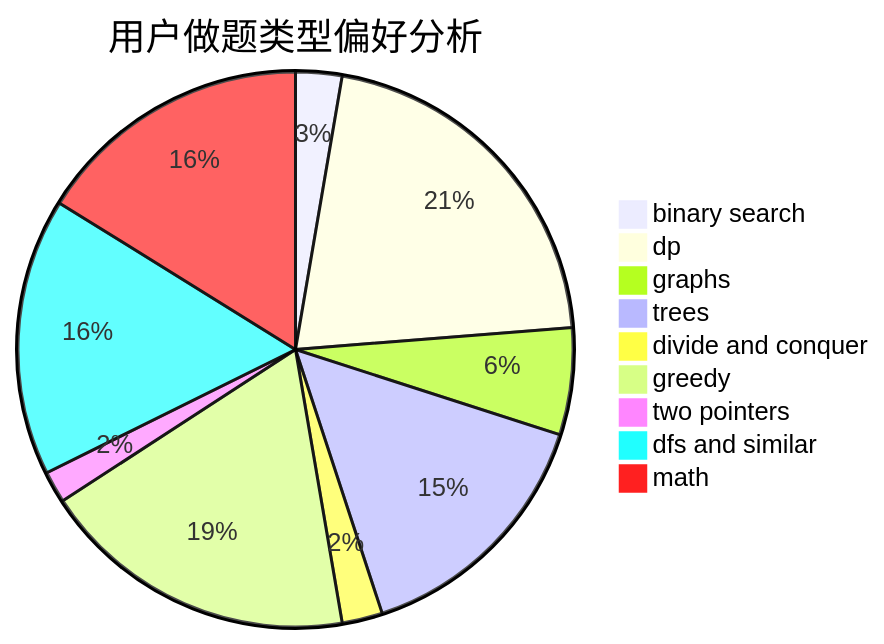
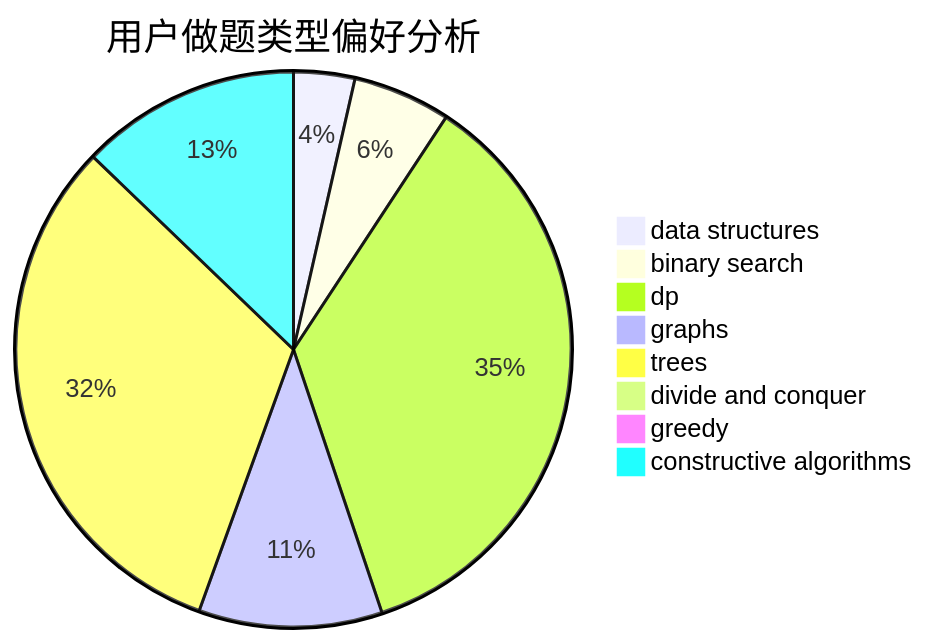
One commit to sherpahu/cfrs.github.io changed the second of 3 diagrams in docs/user/u1833.md. Above: the diagram before and after it, drawn with Mermaid. The commit also changed other lines of this file and 2775 other files, not shown here.

````diff
--- a/docs/user/u1833.md
+++ b/docs/user/u1833.md
@@ -23,12 +23,11 @@
 ```mermaid
 pie title 用户做题类型偏好分析
+    "data structures" :  10
     "binary search" :  16
-    "dp" :  125
-    "graphs" :  37
+    "dp" :  100
+    "graphs" :  30
     "trees" :  89
-    "divide and conquer" :  14
-    "greedy" :  110
-    "two pointers" :  11
-    "dfs and similar" :  96
-    "math" :  96
+    "divide and conquer" :  0
+    "greedy" :  1
+    "constructive algorithms" :  36
 ```
````
